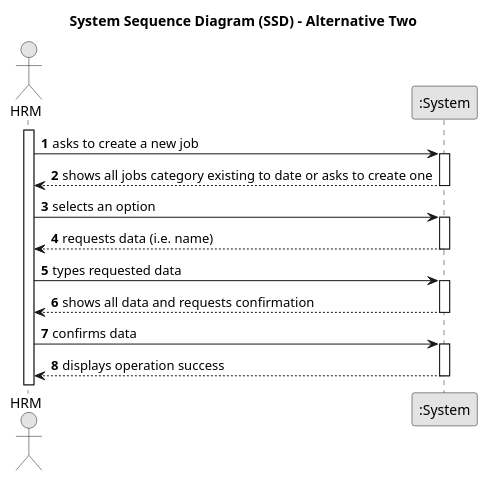
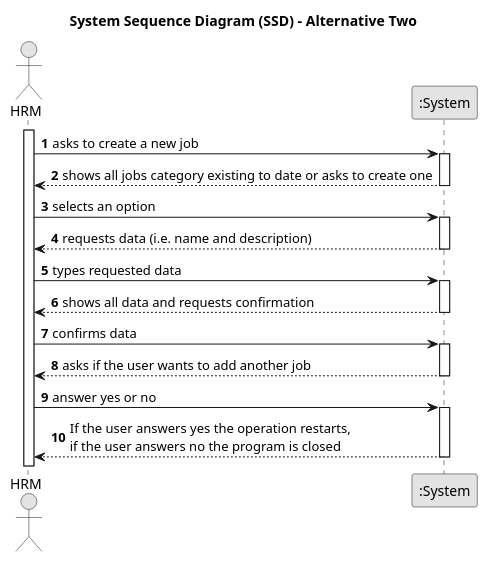
One commit to daniel41silva05/ISEP_2023_2024_LAPR2 changed the diagram in docs/sprintA&B/us002/01.requirements-engineering/puml/us002-system-sequence-diagram-alternative-two.puml. Above: the diagram before and after it, drawn with PlantUML. The commit also changed 10 other files, not shown here.

```diff
--- a/docs/sprintA&B/us002/01.requirements-engineering/puml/us002-system-sequence-diagram-alternative-two.puml
+++ b/docs/sprintA&B/us002/01.requirements-engineering/puml/us002-system-sequence-diagram-alternative-two.puml
@@ -1,38 +1,45 @@
 @startuml
 skinparam monochrome true
 skinparam packageStyle rectangle
 skinparam shadowing false
 
 title System Sequence Diagram (SSD) - Alternative Two
 
 autonumber
 
 actor "HRM" as HRM
 participant ":System" as System
 
 activate HRM
 
     HRM -> System : asks to create a new job
     activate System
 
         System --> HRM : shows all jobs category existing to date or asks to create one
     deactivate System
 
     HRM -> System : selects an option
     activate System
 
-        System --> HRM : requests data (i.e. name)
+        System --> HRM : requests data (i.e. name and description)
     deactivate System
 
     HRM -> System : types requested data
     activate System
 
         System --> HRM : shows all data and requests confirmation
     deactivate System
 
     HRM -> System : confirms data
     activate System
 
-        System --> HRM : displays operation success
+        System --> HRM : asks if the user wants to add another job
     deactivate System
+
+
+    HRM -> System : answer yes or no
+    activate System
+
+            System --> HRM : If the user answers yes the operation restarts,\nif the user answers no the program is closed
+        deactivate System
 @enduml
```
